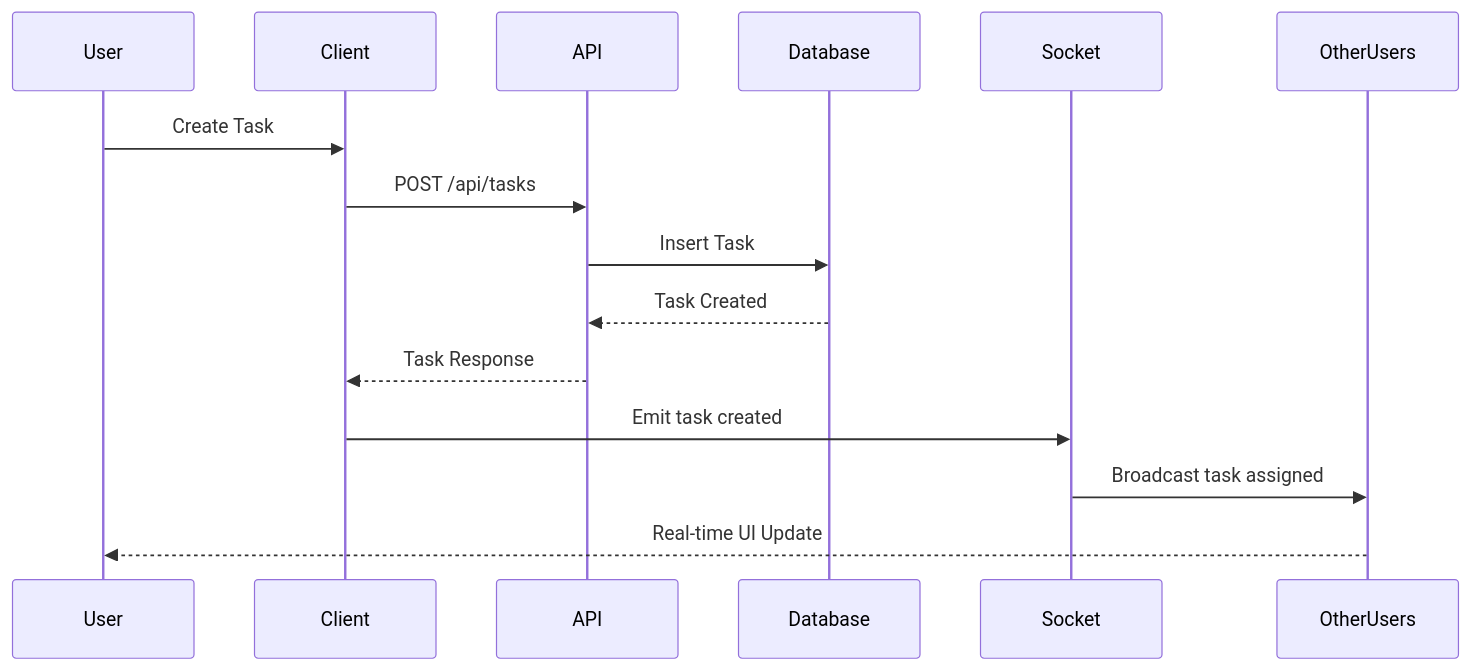
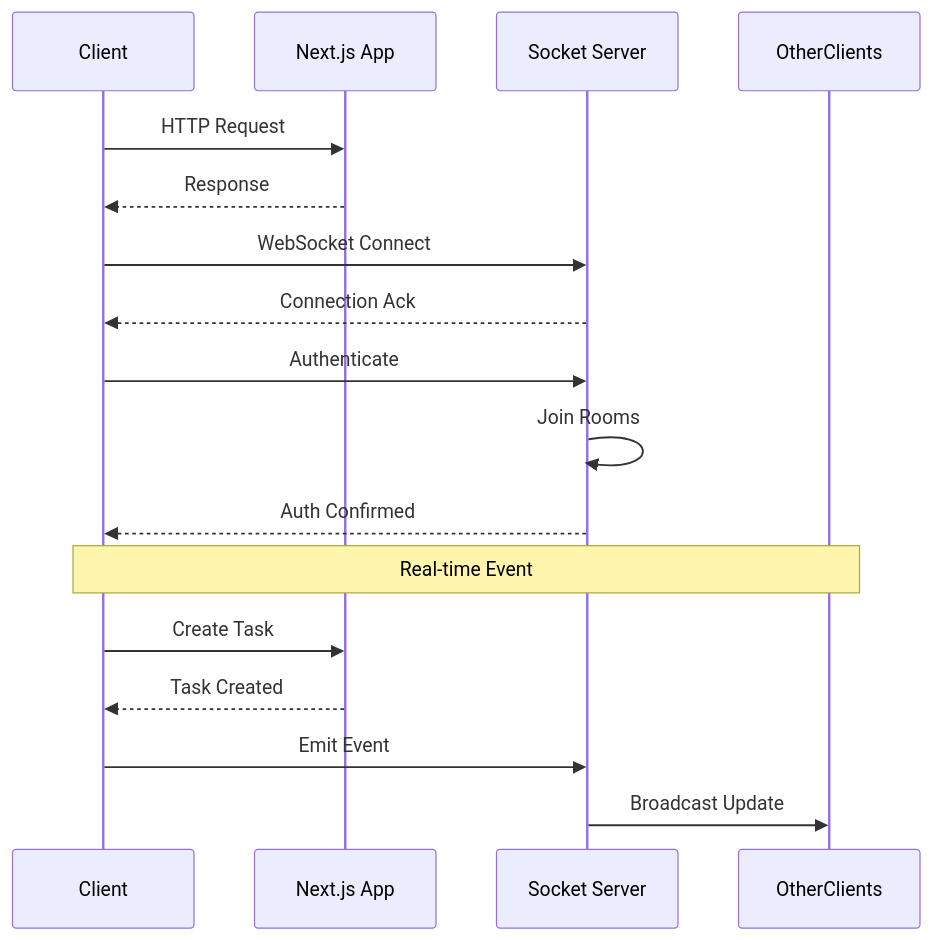
The second of 10 diagrams in README.md (anshsharmacse/taskflow-socket), drawn with Mermaid before and after one commit. The commit also changed other lines of this file, not shown here.

````diff
--- a/README.md
+++ b/README.md
@@ -212,18 +110,21 @@
 ```mermaid
 sequenceDiagram
-    participant User
     participant Client
-    participant API
-    participant Database
-    participant Socket
-    participant OtherUsers
+    participant NextJS as Next.js App
+    participant Socket as Socket Server
+    participant OtherClients
     
-    User->>Client: Create Task
-    Client->>API: POST /api/tasks
-    API->>Database: Insert Task
-    Database-->>API: Task Created
-    API-->>Client: Task Response
-    Client->>Socket: Emit task created
-    Socket->>OtherUsers: Broadcast task assigned
-    OtherUsers-->>User: Real-time UI Update
+    Client->>NextJS: HTTP Request
+    NextJS-->>Client: Response
+    Client->>Socket: WebSocket Connect
+    Socket-->>Client: Connection Ack
+    Client->>Socket: Authenticate
+    Socket->>Socket: Join Rooms
+    Socket-->>Client: Auth Confirmed
+    
+    Note over Client,OtherClients: Real-time Event
+    Client->>NextJS: Create Task
+    NextJS-->>Client: Task Created
+    Client->>Socket: Emit Event
+    Socket->>OtherClients: Broadcast Update
 ```
````
